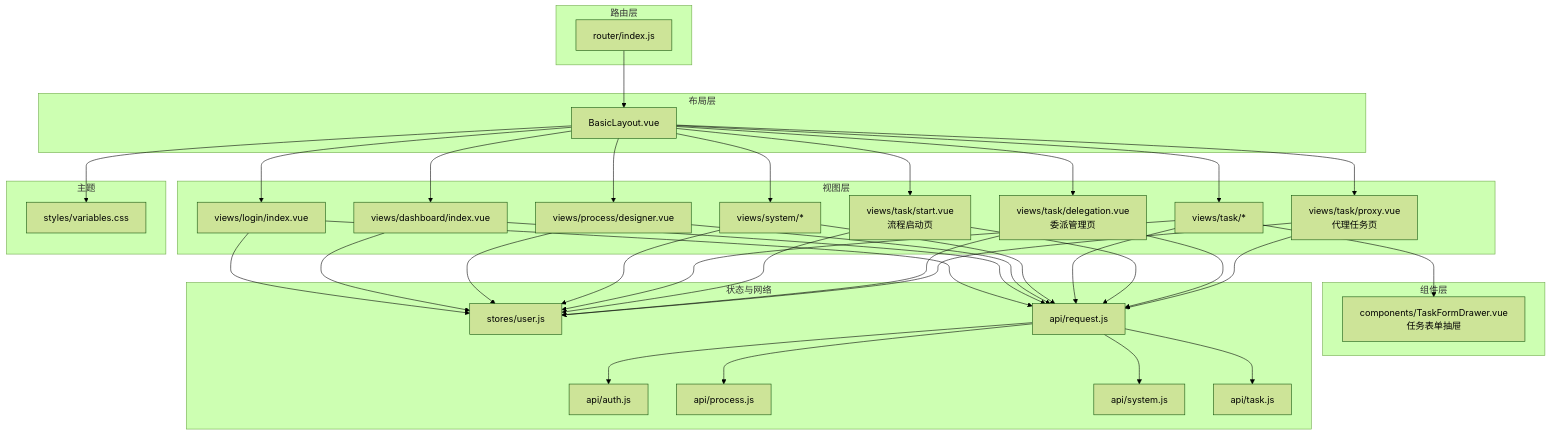
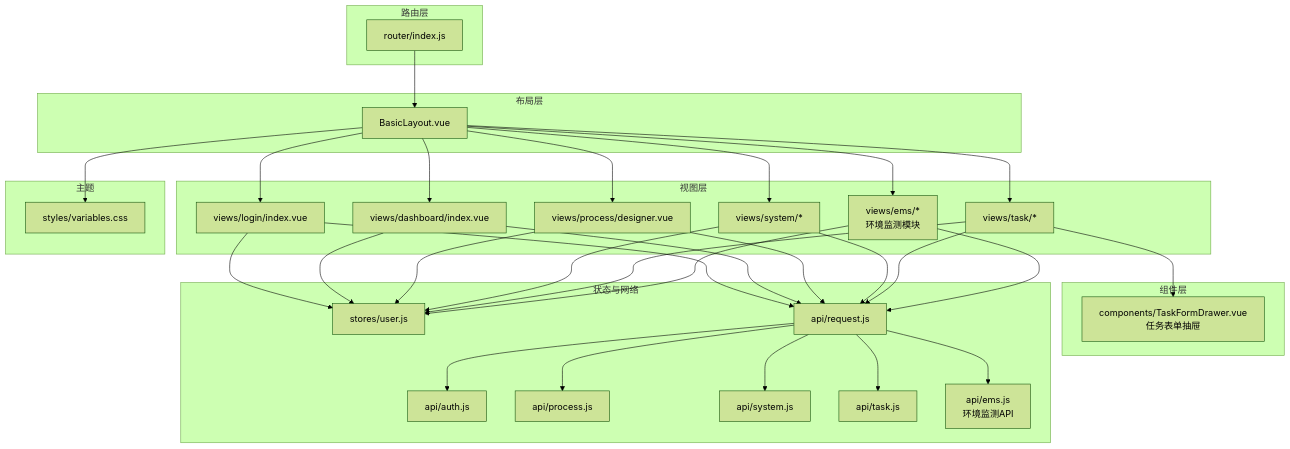
The second of 16 diagrams in .qoder/repowiki/zh/content/用户界面设计/用户界面设计.md (liming-lihaini/workflow), drawn with Mermaid (forest theme) before and after one commit. The commit also changed other lines of this file and 45 other files, not shown here.

````diff
--- a/.qoder/repowiki/zh/content/用户界面设计/用户界面设计.md
+++ b/.qoder/repowiki/zh/content/用户界面设计/用户界面设计.md
@@ -161,64 +169,58 @@
 ```mermaid
 graph TB
 subgraph "布局层"
 L1["BasicLayout.vue"]
 end
 subgraph "路由层"
 R1["router/index.js"]
 end
 subgraph "视图层"
 V1["views/login/index.vue"]
 V2["views/dashboard/index.vue"]
 V3["views/process/designer.vue"]
 V4["views/system/*"]
 V5["views/task/*"]
-V5a["views/task/start.vue<br/>流程启动页"]
-V5b["views/task/delegation.vue<br/>委派管理页"]
-V5c["views/task/proxy.vue<br/>代理任务页"]
+V6["views/ems/*<br/>环境监测模块"]
 end
 subgraph "组件层"
 C1["components/TaskFormDrawer.vue<br/>任务表单抽屉"]
 end
 subgraph "状态与网络"
 S1["stores/user.js"]
 N1["api/request.js"]
 N2["api/auth.js"]
 N3["api/process.js"]
 N4["api/system.js"]
 N5["api/task.js"]
+N6["api/ems.js<br/>环境监测API"]
 end
 subgraph "主题"
 T1["styles/variables.css"]
 end
 R1 --> L1
 L1 --> V1
 L1 --> V2
 L1 --> V3
 L1 --> V4
 L1 --> V5
-L1 --> V5a
-L1 --> V5b
-L1 --> V5c
+L1 --> V6
 V5 --> C1
 V1 --> S1
 V2 --> S1
 V3 --> S1
 V4 --> S1
 V5 --> S1
-V5a --> S1
-V5b --> S1
-V5c --> S1
+V6 --> S1
 V1 --> N1
 V2 --> N1
 V3 --> N1
 V4 --> N1
 V5 --> N1
-V5a --> N1
-V5b --> N1
-V5c --> N1
+V6 --> N1
 N1 --> N2
 N1 --> N3
 N1 --> N4
 N1 --> N5
+N1 --> N6
 L1 --> T1
 ```
````
